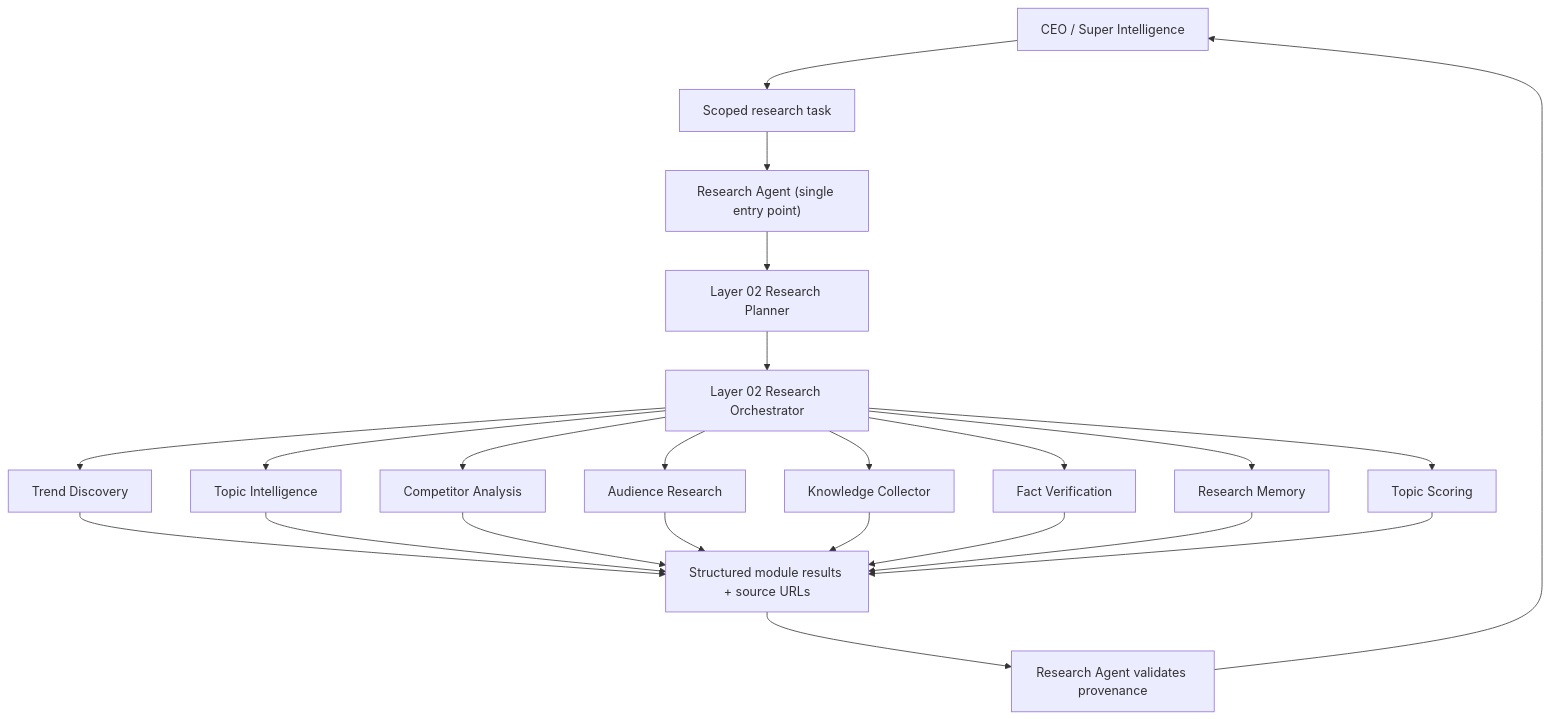
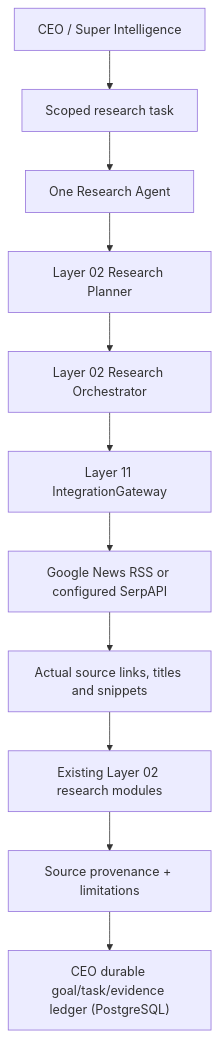
One commit to shehrozali6465372-ctrl/universal-content-operating-system changed the diagram in docs/architecture/UCOS_RESEARCH_AGENT_IMPLEMENTATION_V1.md. Above: the diagram before and after it, drawn with Mermaid. The commit also changed other lines of this file and 5 other files, not shown here.

Commit message:
feat(research-agent): wire Layer 02 to live Layer 11 search

```diff
--- a/docs/architecture/UCOS_RESEARCH_AGENT_IMPLEMENTATION_V1.md
+++ b/docs/architecture/UCOS_RESEARCH_AGENT_IMPLEMENTATION_V1.md
@@ -10,25 +11,13 @@
 ~~~~mermaid
 flowchart TD
     CEO["CEO / Super Intelligence"] --> TASK["Scoped research task"]
-    TASK --> AGENT["Research Agent (single entry point)"]
+    TASK --> AGENT["One Research Agent"]
     AGENT --> PLAN["Layer 02 Research Planner"]
     PLAN --> ORCH["Layer 02 Research Orchestrator"]
-    ORCH --> TREND["Trend Discovery"]
-    ORCH --> TOPIC["Topic Intelligence"]
-    ORCH --> COMP["Competitor Analysis"]
-    ORCH --> AUD["Audience Research"]
-    ORCH --> KNOW["Knowledge Collector"]
-    ORCH --> FACT["Fact Verification"]
-    ORCH --> MEM["Research Memory"]
-    ORCH --> SCORE["Topic Scoring"]
-    TREND --> RESULT["Structured module results + source URLs"]
-    TOPIC --> RESULT
-    COMP --> RESULT
-    AUD --> RESULT
-    KNOW --> RESULT
-    FACT --> RESULT
-    MEM --> RESULT
-    SCORE --> RESULT
-    RESULT --> VERIFY["Research Agent validates provenance"]
-    VERIFY --> CEO
+    ORCH --> L11["Layer 11 IntegrationGateway"]
+    L11 --> SEARCH["Google News RSS or configured SerpAPI"]
+    SEARCH --> SOURCES["Actual source links, titles and snippets"]
+    SOURCES --> MODS["Existing Layer 02 research modules"]
+    MODS --> VERIFY["Source provenance + limitations"]
+    VERIFY --> LEDGER["CEO durable goal/task/evidence ledger (PostgreSQL)"]
 ~~~~
```
